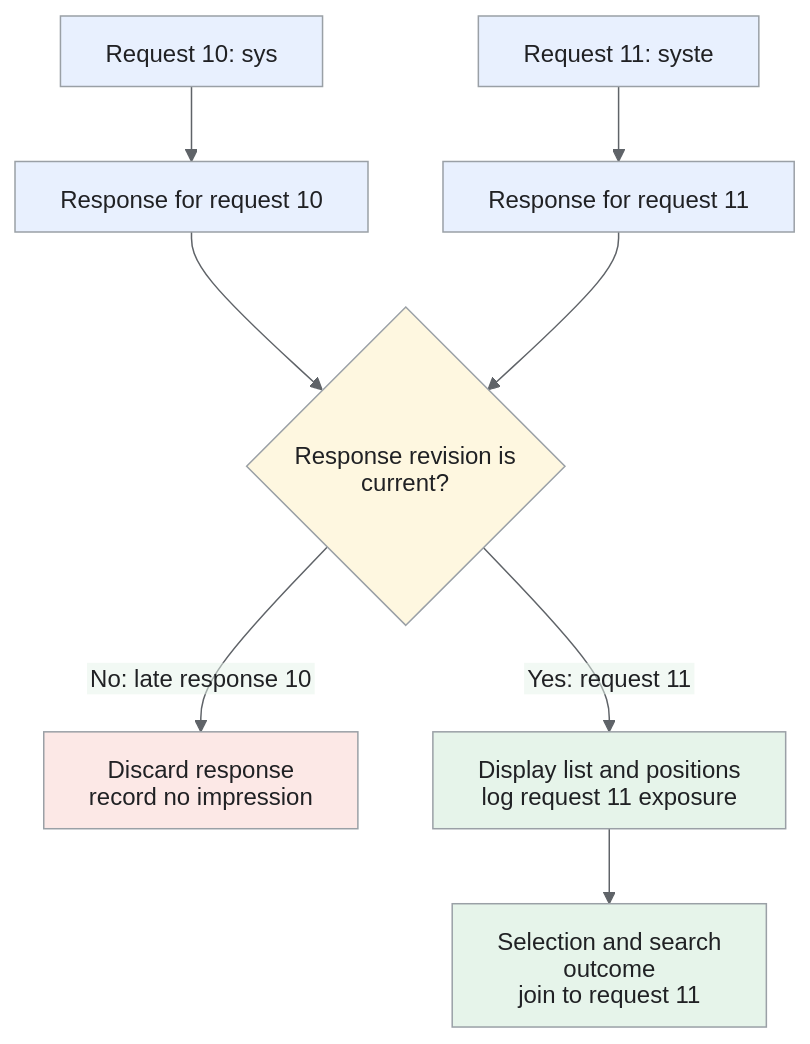
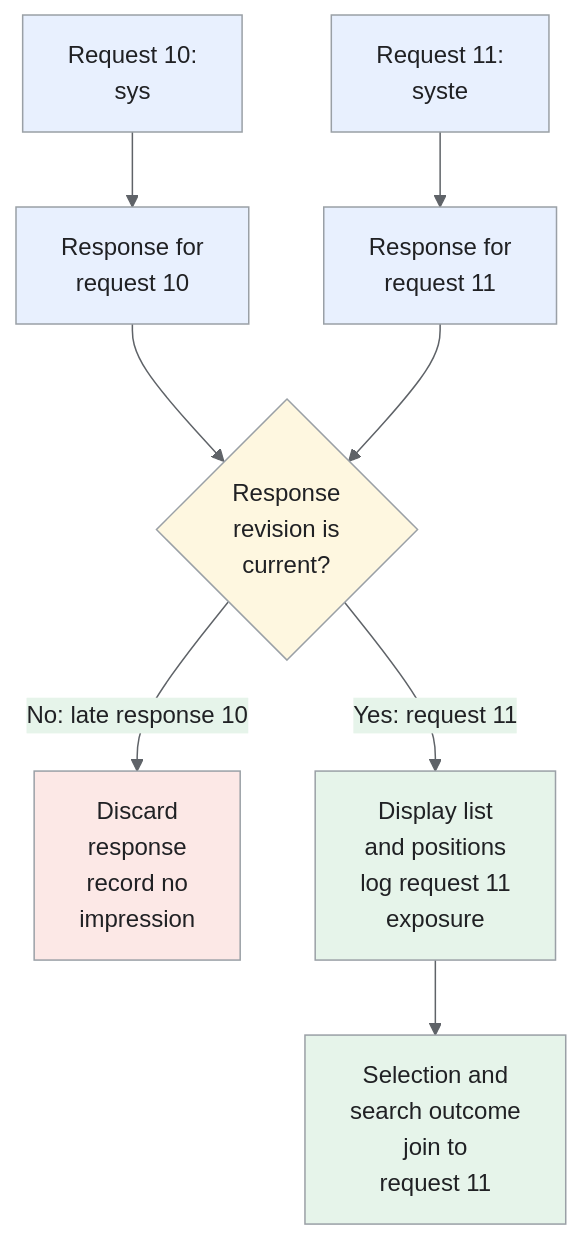
Before and after one commit to iliazlobin/iliazlobin.github.io: the fifth of 5 diagrams in _designs/autocomplete-query-suggestion.md, drawn with Mermaid. The commit also changed other lines of this file and 116 other files, not shown here.

````diff
--- a/_designs/autocomplete-query-suggestion.md
+++ b/_designs/autocomplete-query-suggestion.md
@@ -395,19 +400,19 @@
 ```mermaid
-%%{init: {'theme':'base','htmlLabels':false,'flowchart':{'htmlLabels':false},'themeVariables':{'fontFamily':'Arial, sans-serif','primaryColor':'#e8f0fe','primaryTextColor':'#202124','primaryBorderColor':'#9aa0a6','lineColor':'#5f6368','secondaryColor':'#e6f4ea','tertiaryColor':'#fef7e0','actorBkg':'#e8f0fe','actorBorder':'#9aa0a6','actorTextColor':'#202124','noteBkgColor':'#fef7e0','noteTextColor':'#202124','noteBorderColor':'#9aa0a6','signalColor':'#5f6368','signalTextColor':'#202124','labelBoxBkgColor':'#fef7e0','labelBoxBorderColor':'#9aa0a6'}}}%%
+%%{init: {'theme':'base','themeVariables':{'primaryColor':'#e8f0fe','primaryTextColor':'#202124','primaryBorderColor':'#9aa0a6','lineColor':'#5f6368','secondaryColor':'#e6f4ea','tertiaryColor':'#fef7e0','actorBkg':'#e8f0fe','actorBorder':'#9aa0a6','actorTextColor':'#202124','noteBkgColor':'#fef7e0','noteTextColor':'#202124','noteBorderColor':'#9aa0a6','signalColor':'#5f6368','signalTextColor':'#202124','labelBoxBkgColor':'#fef7e0','labelBoxBorderColor':'#9aa0a6'}}}%%
 flowchart TB
-  R10["Request 10: sys"] --> L10["Response for request 10"]
-  R11["Request 11: syste"] --> L11["Response for request 11"]
-  L10 --> C{"Response revision is current?"}
+  R10["Request 10:<br>sys"] --> L10["Response for<br>request 10"]
+  R11["Request 11:<br>syste"] --> L11["Response for<br>request 11"]
+  L10 --> C{"Response<br>revision is<br>current?"}
   L11 --> C
-  C -->|"No: late response 10"| D["Discard response<br>record no impression"]
-  C -->|"Yes: request 11"| E["Display list and positions<br>log request 11 exposure"]
-  E --> O["Selection and search outcome<br>join to request 11"]
+  C -->|"No: late response 10"| D["Discard<br>response<br>record no<br>impression"]
+  C -->|"Yes: request 11"| E["Display list<br>and positions<br>log request 11<br>exposure"]
+  E --> O["Selection and<br>search outcome<br>join to<br>request 11"]
   class R10,R11,L10,L11 request
   class E,O data
   class C control
   class D danger
 classDef request fill:#e8f0fe,stroke:#9aa0a6,color:#202124;
 classDef data fill:#e6f4ea,stroke:#9aa0a6,color:#202124;
 classDef control fill:#fef7e0,stroke:#9aa0a6,color:#202124;
 classDef danger fill:#fce8e6,stroke:#9aa0a6,color:#202124;
 ```
````
